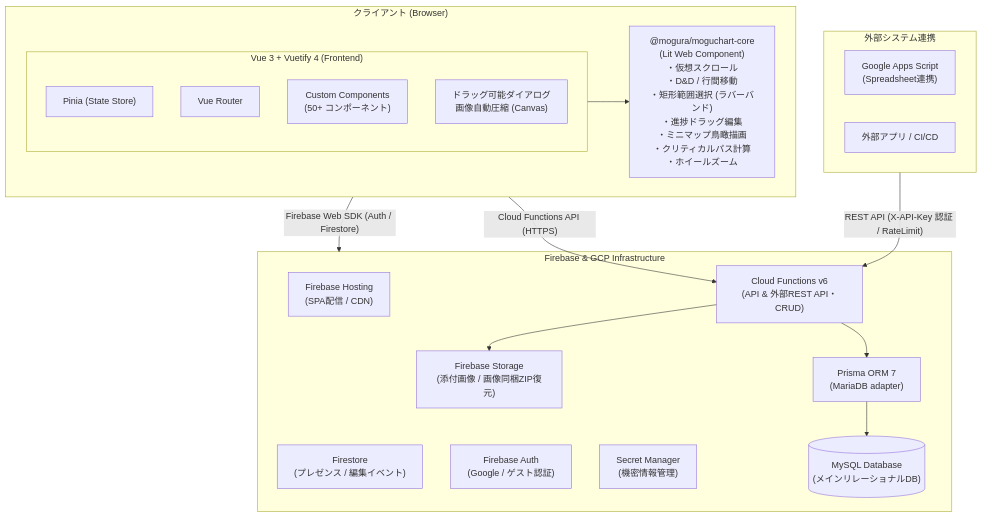
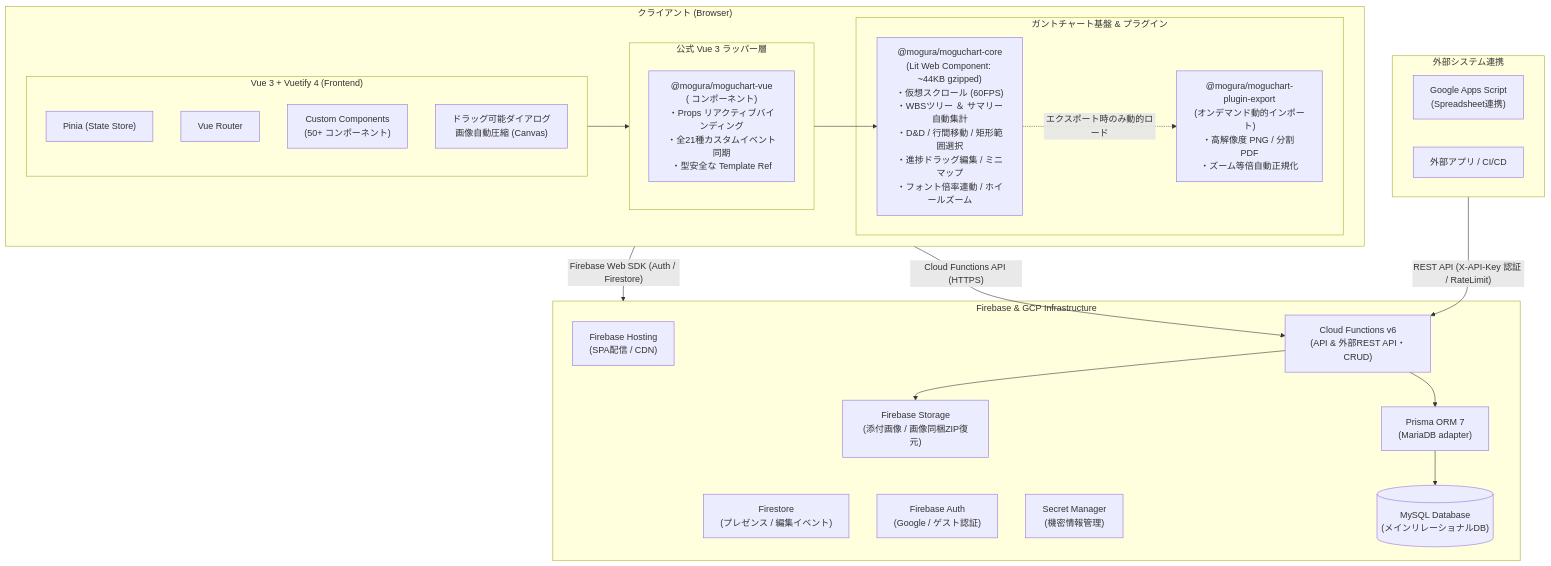
Before and after one commit to hiro-murakami/qiita-content: the diagram in public/moguchart-app-architecture.md, drawn with Mermaid. The commit also changed other lines of this file and 4 other files, not shown here.

````diff
--- a/public/moguchart-app-architecture.md
+++ b/public/moguchart-app-architecture.md
@@ -68,39 +70,48 @@
 ```mermaid
 flowchart TB
     subgraph Client ["クライアント (Browser)"]
         subgraph Frontend ["Vue 3 + Vuetify 4 (Frontend)"]
             Pinia["Pinia (State Store)"]
             Router["Vue Router"]
             Custom["Custom Components<br>(50+ コンポーネント)"]
             Draggable["ドラッグ可能ダイアログ<br>画像自動圧縮 (Canvas)"]
         end
 
-        Core["@mogura/moguchart-core<br>(Lit Web Component)<br>・仮想スクロール<br>・D&D / 行間移動<br>・矩形範囲選択 (ラバーバンド)<br>・進捗ドラッグ編集<br>・ミニマップ鳥瞰描画<br>・クリティカルパス計算<br>・ホイールズーム"]
+        subgraph Wrapper ["公式 Vue 3 ラッパー層"]
+            VueWrapper["@mogura/moguchart-vue<br>(<GanttChart> コンポーネント)<br>・Props リアクティブバインディング<br>・全21種カスタムイベント同期<br>・型安全な Template Ref"]
+        end
 
-        Frontend --> Core
+        subgraph CoreEngine ["ガントチャート基盤 & プラグイン"]
+            Core["@mogura/moguchart-core<br>(Lit Web Component: ~44KB gzipped)<br>・仮想スクロール (60FPS)<br>・WBSツリー ＆ サマリー自動集計<br>・D&D / 行間移動 / 矩形範囲選択<br>・進捗ドラッグ編集 / ミニマップ<br>・フォント倍率連動 / ホイールズーム"]
+            ExportPlugin["@mogura/moguchart-plugin-export<br>(オンデマンド動的インポート)<br>・高解像度 PNG / 分割 PDF<br>・ズーム等倍自動正規化"]
+        end
+
+        Frontend --> Wrapper
+        Wrapper --> Core
+        Core -.->|"エクスポート時のみ動的ロード"| ExportPlugin
     end
 
     subgraph External ["外部システム連携"]
         GAS["Google Apps Script<br>(Spreadsheet連携)"]
         ThirdParty["外部アプリ / CI/CD"]
     end
 
     subgraph Firebase ["Firebase & GCP Infrastructure"]
         Hosting["Firebase Hosting<br>(SPA配信 / CDN)"]
         Functions["Cloud Functions v6<br>(API & 外部REST API・CRUD)"]
         Firestore["Firestore<br>(プレゼンス / 編集イベント)"]
         Auth["Firebase Auth<br>(Google / ゲスト認証)"]
         Storage["Firebase Storage<br>(添付画像 / 画像同梱ZIP復元)"]
         SecretMgr["Secret Manager<br>(機密情報管理)"]
         Prisma["Prisma ORM 7<br>(MariaDB adapter)"]
         MySQL[("MySQL Database<br>(メインリレーショナルDB)")]
 
         Functions --> Prisma
         Prisma --> MySQL
         Functions --> Storage
     end
 
     Client -->|"Firebase Web SDK (Auth / Firestore)"| Firebase
     Client -->|"Cloud Functions API (HTTPS)"| Functions
     External -->|"REST API (X-API-Key 認証 / RateLimit)"| Functions
 ```
````
